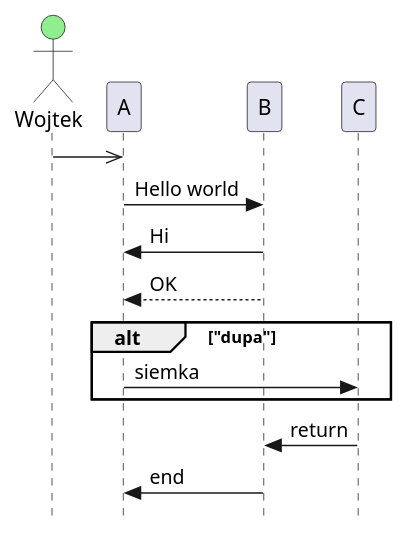
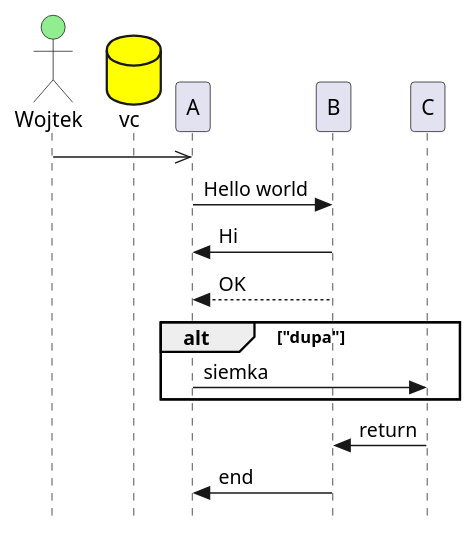
The diagram in sequence.puml (sympatiks/test), drawn with PlantUML before and after one commit.

```diff
--- a/sequence.puml
+++ b/sequence.puml
@@ -1,13 +1,14 @@
 @startuml Hello_World
 skinparam Style strictuml
 Actor Wojtek #lightGreen
+database vc #yellow
 Wojtek ->> A
 A -> B : Hello world
 B -> A : Hi
 A <-- B : OK
 alt "dupa"
 A -> C : siemka
 end
 C -> B : return
 B -> A : end
 @enduml
```
